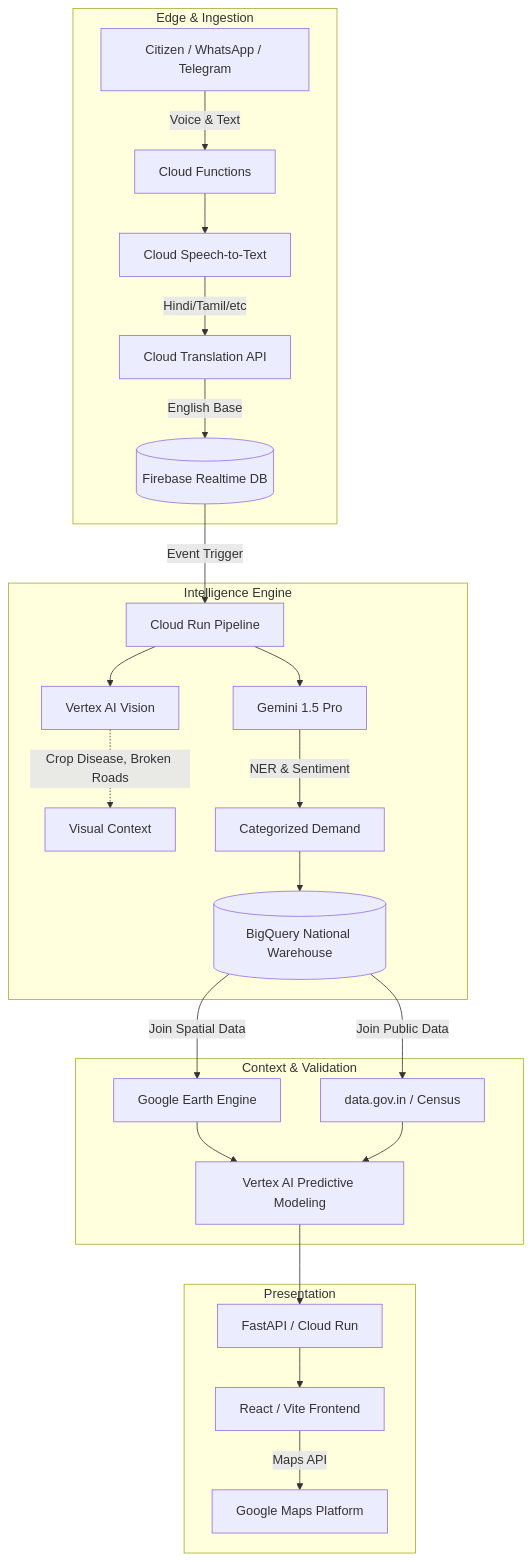
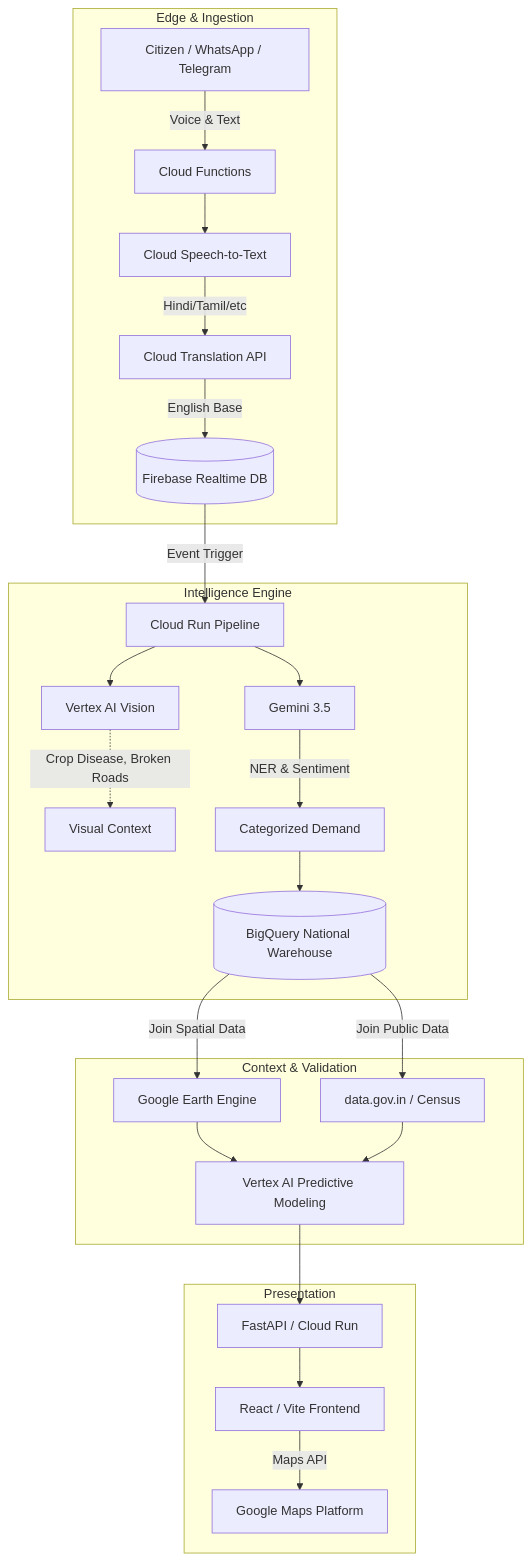
Before and after one commit to Mayank-iitj/AntimRupee: the diagram in ARCHITECTURE.md, drawn with Mermaid. The commit also changed other lines of this file and 6 other files, not shown here.

````diff
--- a/ARCHITECTURE.md
+++ b/ARCHITECTURE.md
@@ -7,33 +7,33 @@
 ```mermaid
 graph TD
     subgraph Edge & Ingestion
         Citizen[Citizen / WhatsApp / Telegram] --> |Voice & Text| Webhook[Cloud Functions]
         Webhook --> STT[Cloud Speech-to-Text]
         STT --> |Hindi/Tamil/etc| Translation[Cloud Translation API]
         Translation --> |English Base| RawStore[(Firebase Realtime DB)]
     end
 
     subgraph Intelligence Engine
         RawStore --> |Event Trigger| CloudRun[Cloud Run Pipeline]
         CloudRun --> Vision[Vertex AI Vision]
-        CloudRun --> Gemini[Gemini 1.5 Pro]
+        CloudRun --> Gemini[Gemini 3.5]
         
         Vision -.-> |Crop Disease, Broken Roads| Context[Visual Context]
         Gemini --> |NER & Sentiment| Intent[Categorized Demand]
         
         Intent --> BQ[(BigQuery National Warehouse)]
     end
 
     subgraph Context & Validation
         BQ --> |Join Spatial Data| Geospatial[Google Earth Engine]
         BQ --> |Join Public Data| OpenData[data.gov.in / Census]
         Geospatial --> AutoML[Vertex AI Predictive Modeling]
         OpenData --> AutoML
     end
 
     subgraph Presentation
         AutoML --> API[FastAPI / Cloud Run]
         API --> Web[React / Vite Frontend]
         Web --> |Maps API| Heatmaps[Google Maps Platform]
     end
 ```
````
